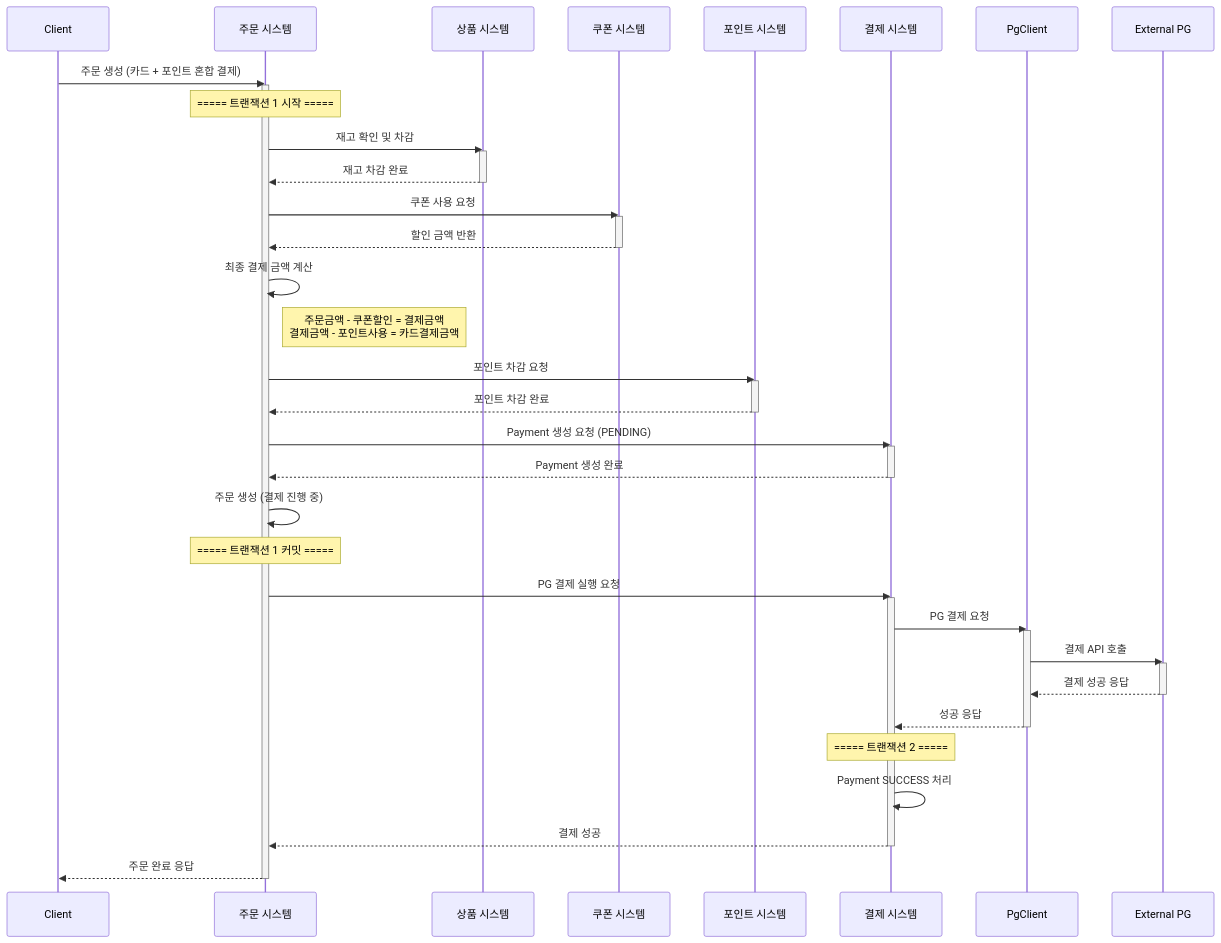
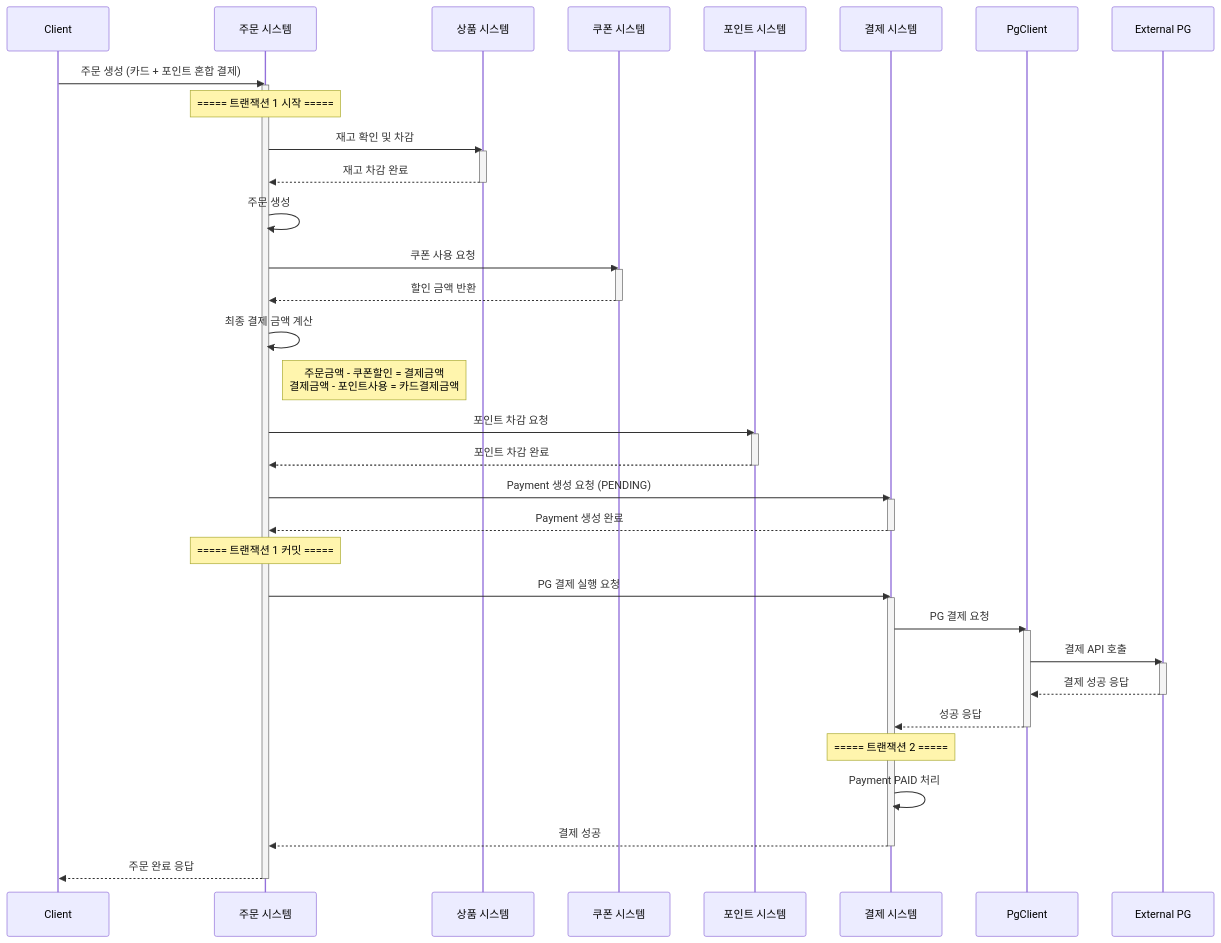
Before and after one commit to Loopers-dev-lab/loopers-spring-kotlin-template: the first of 7 diagrams in docs/week6/솔루션_설계_문서.md, drawn with Mermaid. The commit also changed other lines of this file and 1 other file, not shown here.

Commit message:
refactor(payment): 문서 변경

````diff
--- a/docs/week6/솔루션_설계_문서.md
+++ b/docs/week6/솔루션_설계_문서.md
@@ -159,50 +161,50 @@
 ```mermaid
 sequenceDiagram
     participant C as Client
     participant OF as 주문 시스템
     participant PS as 상품 시스템
     participant CS as 쿠폰 시스템
     participant POS as 포인트 시스템
     participant PMS as 결제 시스템
     participant PG as PgClient
     participant EPG as External PG
     C ->> OF: 주문 생성 (카드 + 포인트 혼합 결제)
     activate OF
     Note over OF: ===== 트랜잭션 1 시작 =====
     OF ->> PS: 재고 확인 및 차감
     activate PS
     PS -->> OF: 재고 차감 완료
     deactivate PS
+    OF ->> OF: 주문 생성
     OF ->> CS: 쿠폰 사용 요청
     activate CS
     CS -->> OF: 할인 금액 반환
     deactivate CS
     OF ->> OF: 최종 결제 금액 계산
     Note right of OF: 주문금액 - 쿠폰할인 = 결제금액<br/>결제금액 - 포인트사용 = 카드결제금액
     OF ->> POS: 포인트 차감 요청
     activate POS
     POS -->> OF: 포인트 차감 완료
     deactivate POS
     OF ->> PMS: Payment 생성 요청 (PENDING)
     activate PMS
     PMS -->> OF: Payment 생성 완료
     deactivate PMS
-    OF ->> OF: 주문 생성 (결제 진행 중)
     Note over OF: ===== 트랜잭션 1 커밋 =====
     OF ->> PMS: PG 결제 실행 요청
     activate PMS
     PMS ->> PG: PG 결제 요청
     activate PG
     PG ->> EPG: 결제 API 호출
     activate EPG
     EPG -->> PG: 결제 성공 응답
     deactivate EPG
     PG -->> PMS: 성공 응답
     deactivate PG
     Note over PMS: ===== 트랜잭션 2 =====
-    PMS ->> PMS: Payment SUCCESS 처리
+    PMS ->> PMS: Payment PAID 처리
     PMS -->> OF: 결제 성공
     deactivate PMS
     OF -->> C: 주문 완료 응답
     deactivate OF
 ```
````
